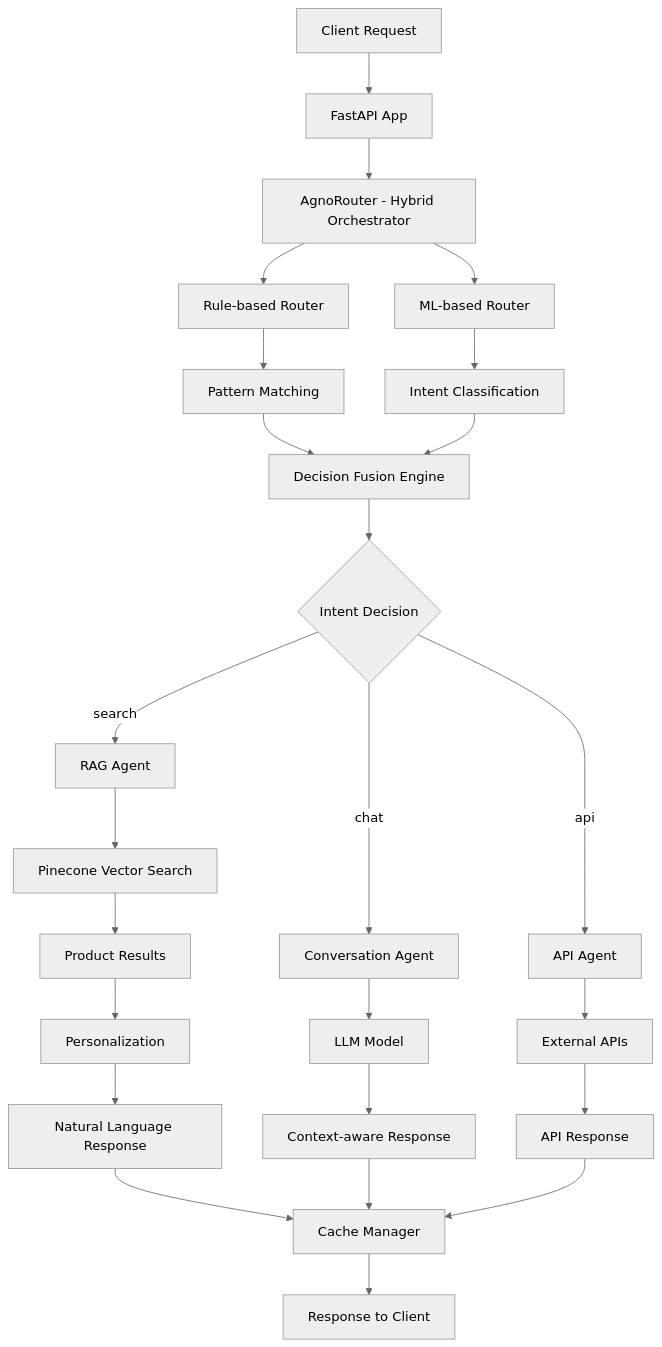
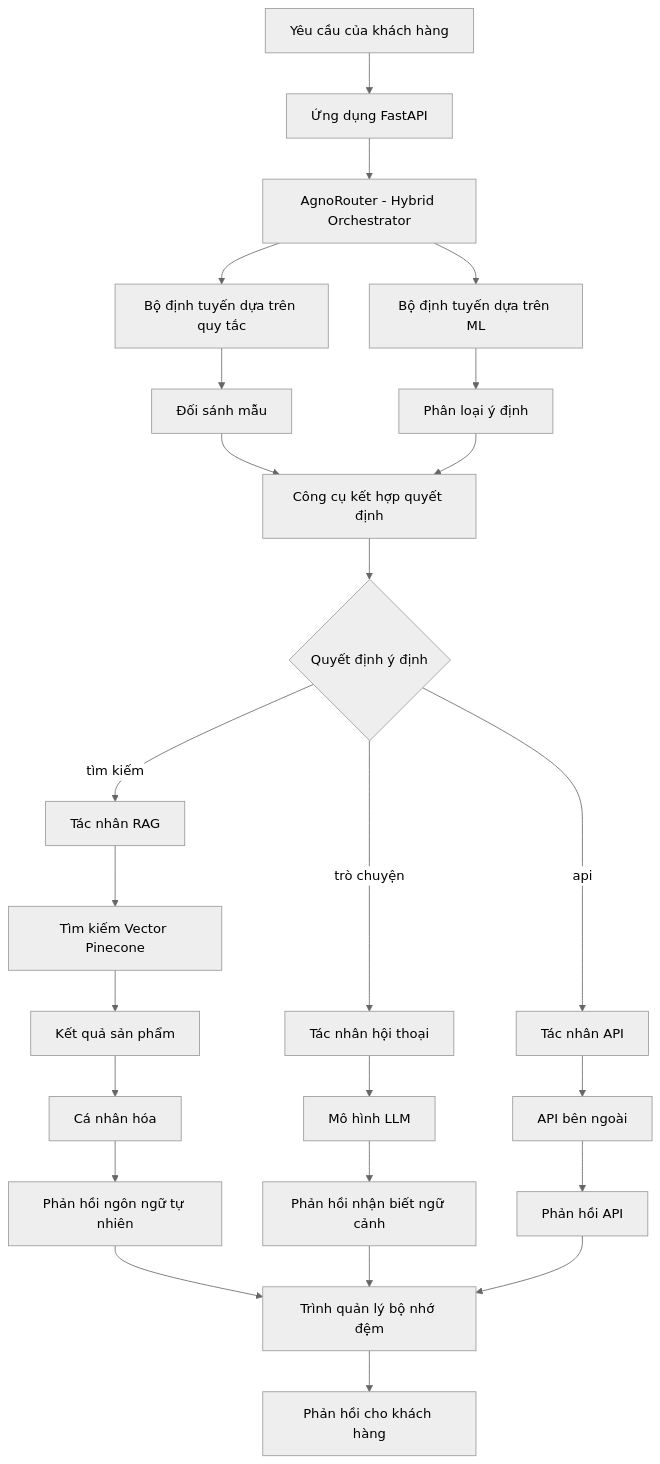
Before and after one commit to Taun0813/ChatBot: the diagram in README.md, drawn with Mermaid (neutral theme). The commit also changed other lines of this file and 40 other files, not shown here.

````diff
--- a/README.md
+++ b/README.md
@@ -34,37 +55,37 @@
 ```mermaid
 graph TB
-    A[Client Request] --> B[FastAPI App]
+    A[Yêu cầu của khách hàng] --> B[Ứng dụng FastAPI]
     B --> C[AgnoRouter - Hybrid Orchestrator]
     
-    C --> D[Rule-based Router]
-    C --> E[ML-based Router]
+    C --> D[Bộ định tuyến dựa trên quy tắc]
+    C --> E[Bộ định tuyến dựa trên ML]
     
-    D --> F[Pattern Matching]
-    E --> G[Intent Classification]
+    D --> F[Đối sánh mẫu]
+    E --> G[Phân loại ý định]
     
-    F --> H[Decision Fusion Engine]
+    F --> H[Công cụ kết hợp quyết định]
     G --> H
     
-    H --> I{Intent Decision}
+    H --> I{Quyết định ý định}
     
-    I -->|search| J[RAG Agent]
-    I -->|chat| K[Conversation Agent]
-    I -->|api| L[API Agent]
+    I -->|tìm kiếm| J[Tác nhân RAG]
+    I -->|trò chuyện| K[Tác nhân hội thoại]
+    I -->|api| L[Tác nhân API]
     
-    J --> M[Pinecone Vector Search]
-    M --> N[Product Results]
-    N --> O[Personalization]
-    O --> P[Natural Language Response]
+    J --> M[Tìm kiếm Vector Pinecone]
+    M --> N[Kết quả sản phẩm]
+    N --> O[Cá nhân hóa]
+    O --> P[Phản hồi ngôn ngữ tự nhiên]
     
-    K --> Q[LLM Model]
-    Q --> R[Context-aware Response]
+    K --> Q[Mô hình LLM]
+    Q --> R[Phản hồi nhận biết ngữ cảnh]
     
-    L --> S[External APIs]
-    S --> T[API Response]
+    L --> S[API bên ngoài]
+    S --> T[Phản hồi API]
     
-    P --> U[Cache Manager]
+    P --> U[Trình quản lý bộ nhớ đệm]
     R --> U
     T --> U
     
-    U --> V[Response to Client]
+    U --> V[Phản hồi cho khách hàng]
 ```
````
